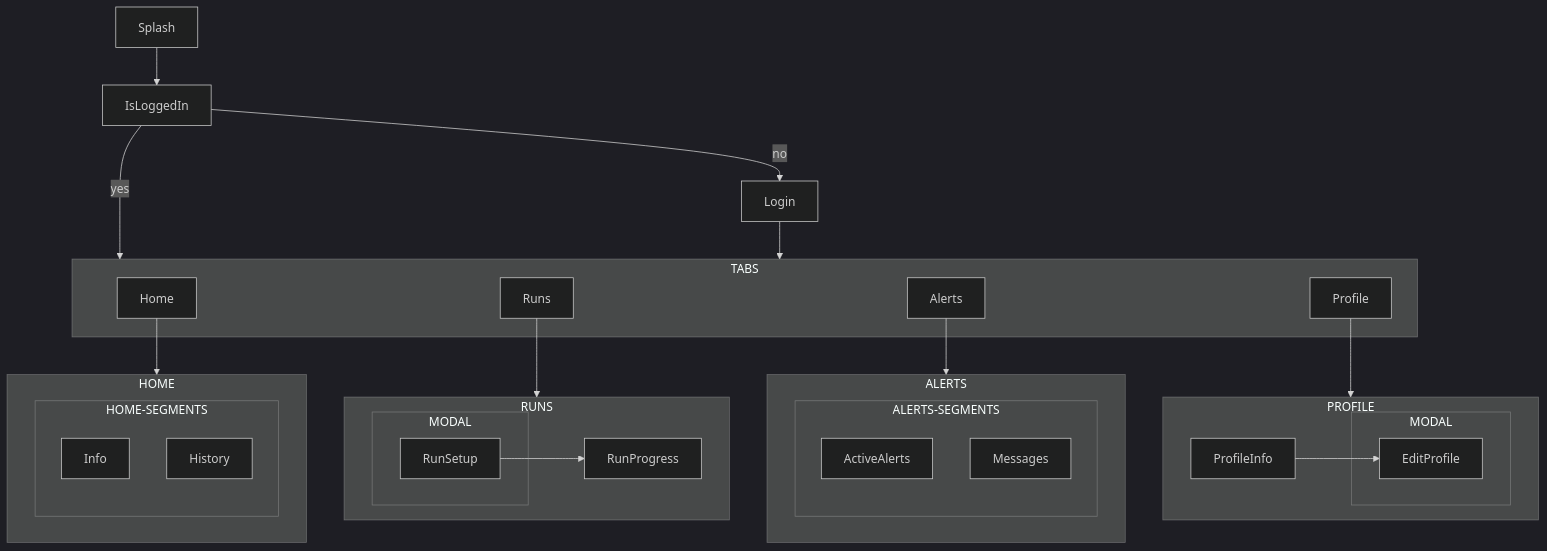
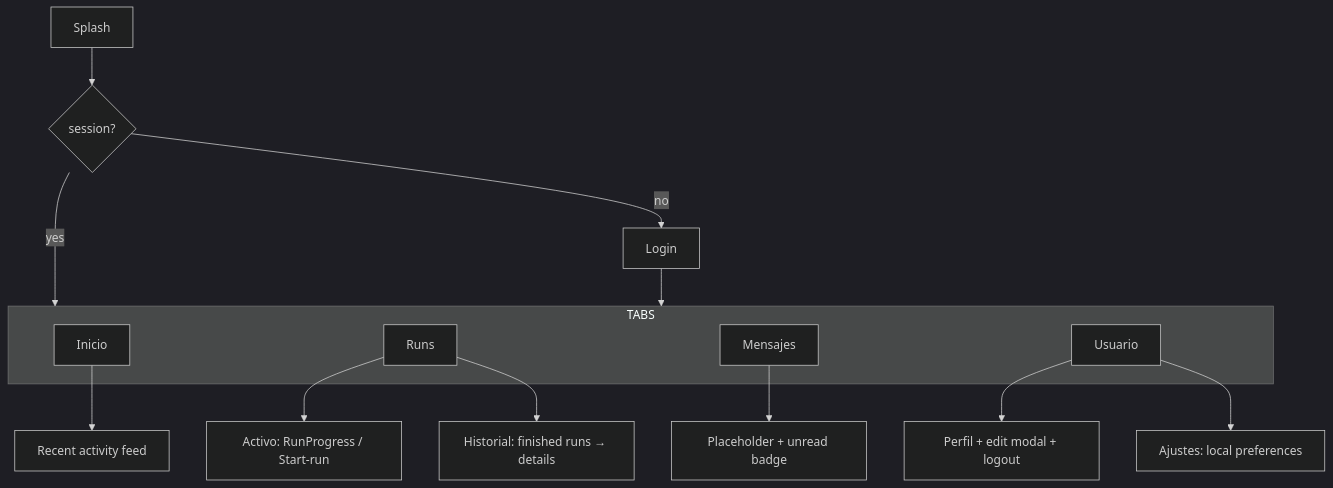
One commit to simovilab/databus-app changed the diagram in README.md. Above: the diagram before and after it, drawn with Mermaid (dark theme). The commit also changed other lines of this file and 1 other file, not shown here.

````diff
--- a/README.md
+++ b/README.md
@@ -17,49 +76,18 @@
 ```mermaid
 flowchart TD
-  Splash
-  IsLoggedIn
-  Login
+  Splash --> IsLoggedIn{session?}
+  IsLoggedIn --"yes"--> TABS
+  IsLoggedIn --"no"--> Login --> TABS
   subgraph TABS
-    Home
+    Inicio
     Runs
-    Alerts
-    Profile
+    Mensajes
+    Usuario
   end
-  subgraph HOME
-    subgraph HOME-SEGMENTS
-      Info
-      History
-    end
-  end
-  subgraph RUNS
-    subgraph MODAL
-      RunSetup
-    end
-    RunProgress
-  end
-  subgraph ALERTS
-    subgraph ALERTS-SEGMENTS
-      ActiveAlerts
-      Messages
-    end
-  end
-  subgraph PROFILE
-    ProfileInfo
-subgraph PM[MODAL]
-EditProfile
-end
-  end
-
-  Splash --> IsLoggedIn
-  IsLoggedIn --"yes"--> TABS
-  IsLoggedIn --"no"--> Login
-  Login --> TABS
-
-  Home --> HOME
-  Runs --> RUNS
-  Alerts --> ALERTS
-  Profile --> PROFILE
-
-  RunSetup --> RunProgress
-ProfileInfo --> EditProfile
+  Inicio --> Recent[Recent activity feed]
+  Runs --> Activo[Activo: RunProgress / Start-run]
+  Runs --> Historial[Historial: finished runs → details]
+  Mensajes --> Placeholder[Placeholder + unread badge]
+  Usuario --> Perfil[Perfil + edit modal + logout]
+  Usuario --> Ajustes[Ajustes: local preferences]
 ```
````
